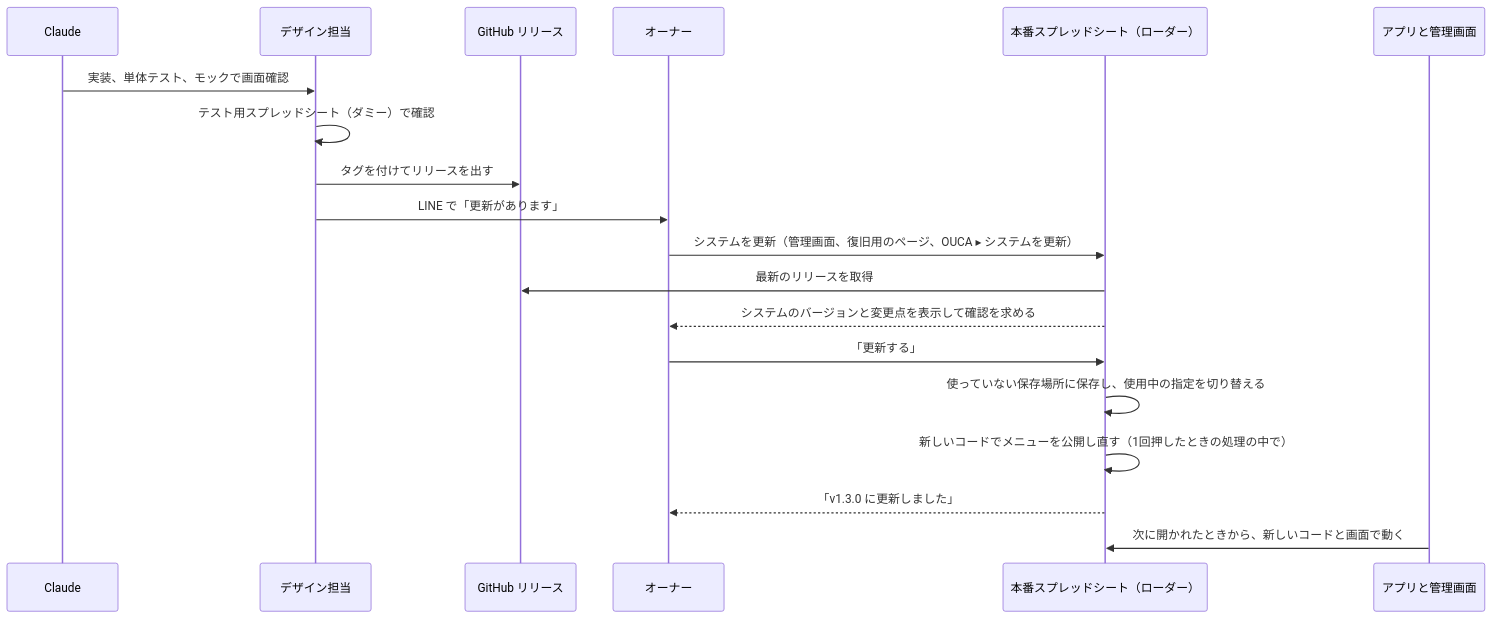
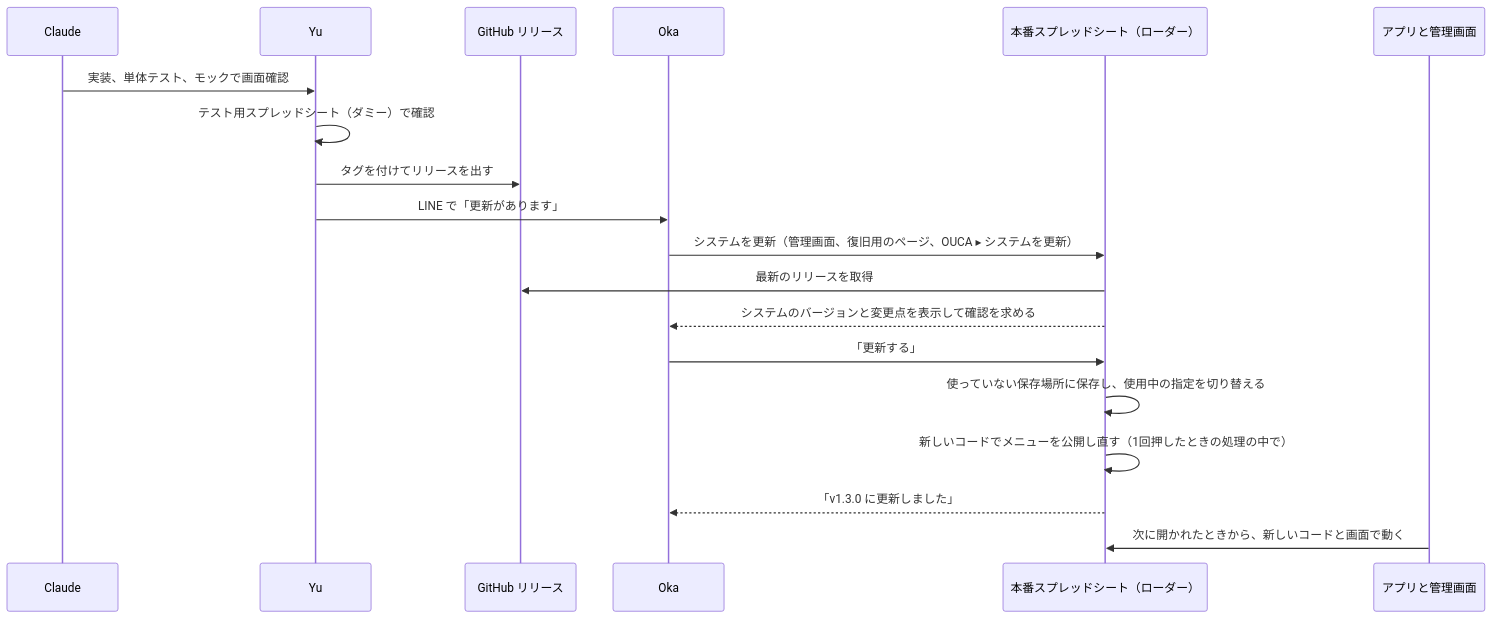
One commit to yuk-wq/ouca changed the second of 2 diagrams in docs/to-be/delivery-flow.md. Above: the diagram before and after it, drawn with Mermaid. The commit also changed other lines of this file and 4 other files, not shown here.

````diff
--- a/docs/to-be/delivery-flow.md
+++ b/docs/to-be/delivery-flow.md
@@ -132,21 +132,21 @@
 ```mermaid
 sequenceDiagram
   participant C as Claude
-  participant D as デザイン担当
+  participant D as Yu
   participant R as GitHub リリース
-  participant O as オーナー
+  participant O as Oka
   participant S as 本番スプレッドシート（ローダー）
   participant W as アプリと管理画面
   C->>D: 実装、単体テスト、モックで画面確認
   D->>D: テスト用スプレッドシート（ダミー）で確認
   D->>R: タグを付けてリリースを出す
   D->>O: LINE で「更新があります」
   O->>S: システムを更新（管理画面、復旧用のページ、OUCA ▸ システムを更新）
   S->>R: 最新のリリースを取得
   S-->>O: システムのバージョンと変更点を表示して確認を求める
   O->>S: 「更新する」
   S->>S: 使っていない保存場所に保存し、使用中の指定を切り替える
   S->>S: 新しいコードでメニューを公開し直す（1回押したときの処理の中で）
   S-->>O: 「v1.3.0 に更新しました」
   W->>S: 次に開かれたときから、新しいコードと画面で動く
 ```
````
